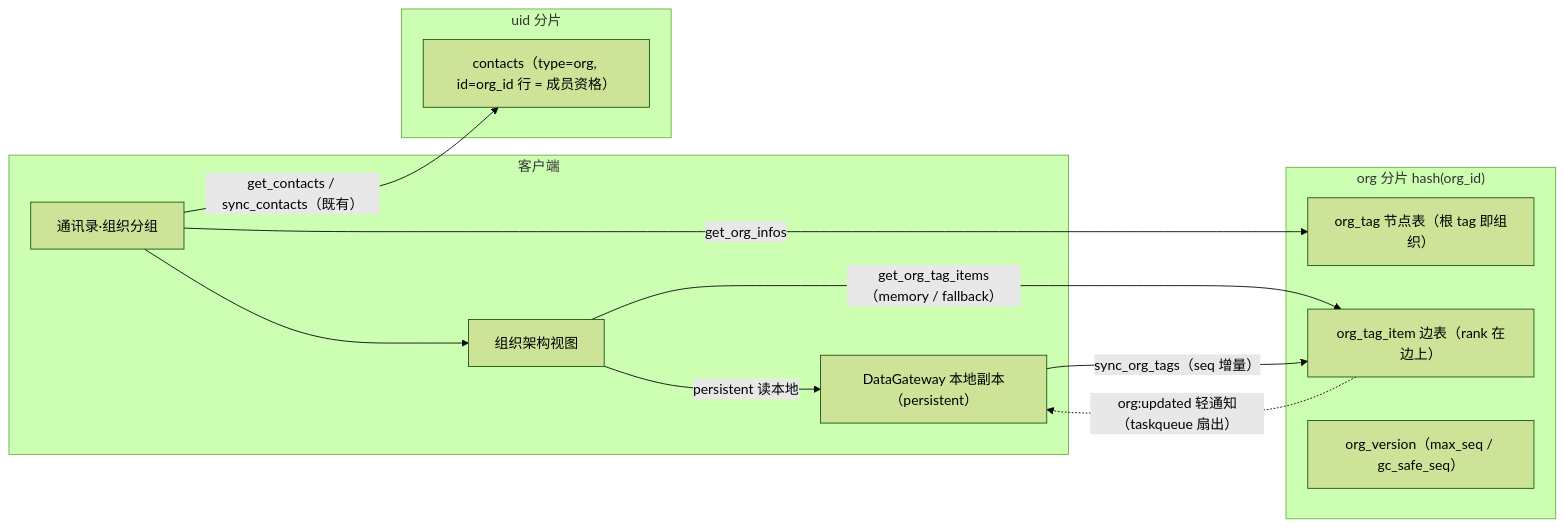
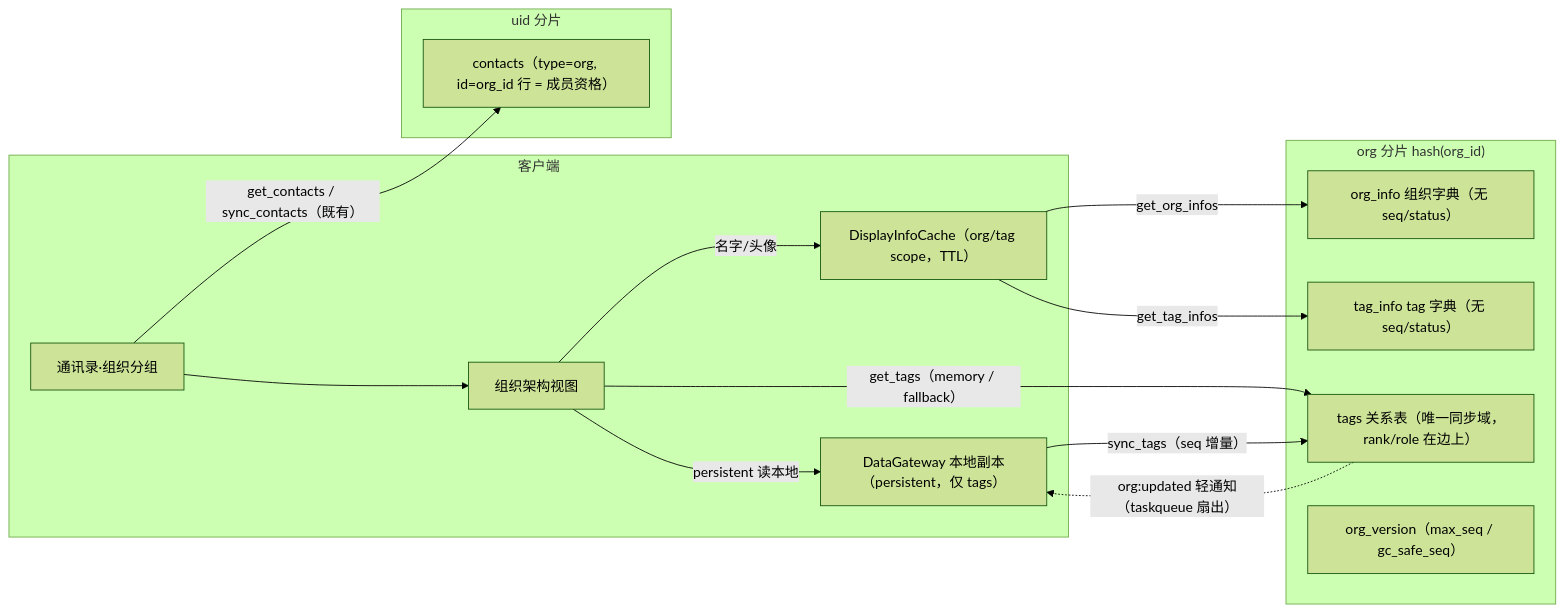
One commit to dacez/yimsg changed the first of 2 diagrams in docs/server/组织架构方案.md. Above: the diagram before and after it, drawn with Mermaid (forest theme). The commit also changed other lines of this file and 46 other files, not shown here.

First line of the commit message:
重构组织架构 schema：拆分 org_info/tag_info 字典表与 tags 关系表

````diff
--- a/docs/server/组织架构方案.md
+++ b/docs/server/组织架构方案.md
@@ -105,21 +107,25 @@
 ```mermaid
 flowchart LR
     subgraph client[客户端]
         UI[通讯录·组织分组] --> View[组织架构视图]
-        DG["DataGateway 本地副本（persistent）"]
+        Cache["DisplayInfoCache（org/tag scope，TTL）"]
+        DG["DataGateway 本地副本（persistent，仅 tags）"]
         View -- persistent 读本地 --> DG
+        View -- 名字/头像 --> Cache
     end
     subgraph uidShard[uid 分片]
         CT["contacts（type=org, id=org_id 行 = 成员资格）"]
     end
     subgraph orgShard["org 分片 hash(org_id)"]
-        OT["org_tag 节点表（根 tag 即组织）"]
-        OE["org_tag_item 边表（rank 在边上）"]
+        OI["org_info 组织字典（无 seq/status）"]
+        TI["tag_info tag 字典（无 seq/status）"]
+        TG["tags 关系表（唯一同步域，rank/role 在边上）"]
         OV["org_version（max_seq / gc_safe_seq）"]
     end
     UI -- "get_contacts / sync_contacts（既有）" --> CT
-    UI -- get_org_infos --> OT
-    View -- "get_org_tag_items（memory / fallback）" --> OE
-    DG -- "sync_org_tags（seq 增量）" --> OE
-    OE -. "org:updated 轻通知（taskqueue 扇出）" .-> DG
+    Cache -- get_org_infos --> OI
+    Cache -- get_tag_infos --> TI
+    View -- "get_tags（memory / fallback）" --> TG
+    DG -- "sync_tags（seq 增量）" --> TG
+    TG -. "org:updated 轻通知（taskqueue 扇出）" .-> DG
 ```
````
